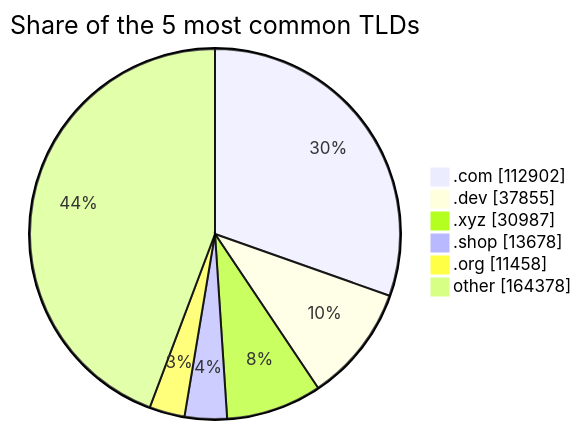
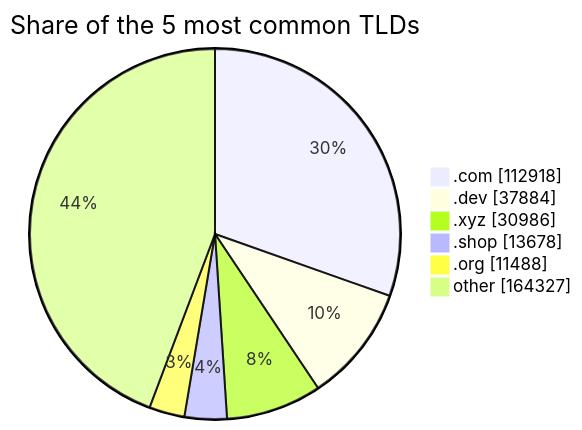
One commit to DNSBunker/CTI changed the third of 3 diagrams in README.md. Above: the diagram before and after it, drawn with Mermaid. The commit also changed other lines of this file and 3 other files, not shown here.

````diff
--- a/README.md
+++ b/README.md
@@ -81,9 +81,9 @@
 ```mermaid
 pie showData title Share of the 5 most common TLDs
-    ".com" : 112902
-    ".dev" : 37855
-    ".xyz" : 30987
+    ".com" : 112918
+    ".dev" : 37884
+    ".xyz" : 30986
     ".shop" : 13678
-    ".org" : 11458
-    "other" : 164378
+    ".org" : 11488
+    "other" : 164327
 ```
````
